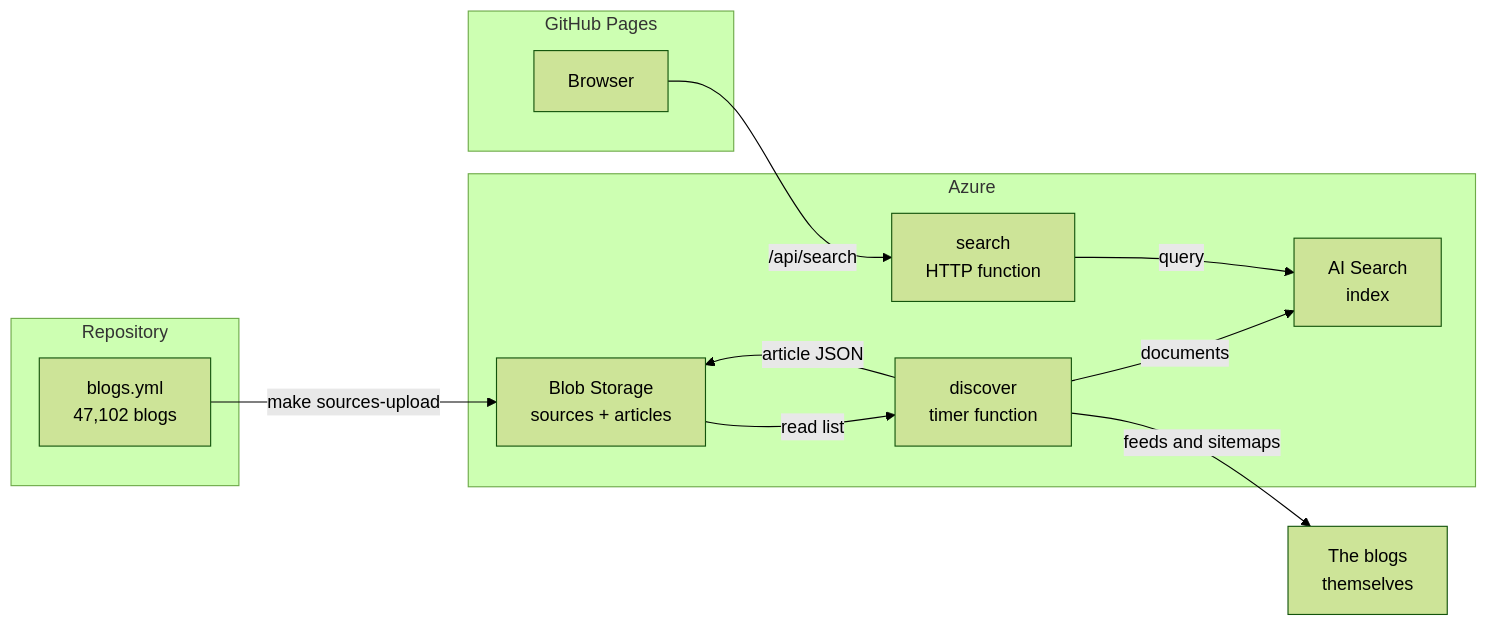
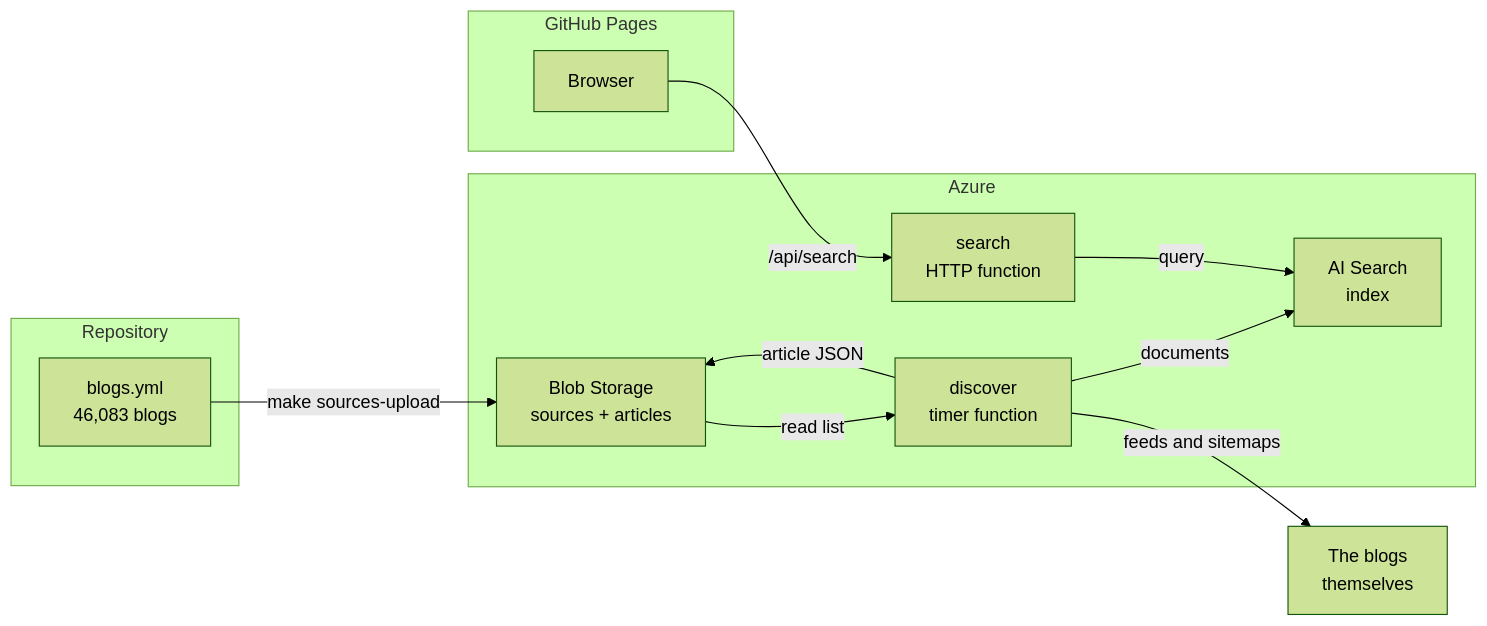
Before and after one commit to GitPaulo/blogme: the first of 5 diagrams in docs/how-it-works.md, drawn with Mermaid (forest theme). The commit also changed other lines of this file and 8 other files, not shown here.

````diff
--- a/docs/how-it-works.md
+++ b/docs/how-it-works.md
@@ -13,25 +13,25 @@
 ```mermaid
 flowchart LR
     subgraph Git["Repository"]
-        Y["blogs.yml<br/>47,102 blogs"]
+        Y["blogs.yml<br/>46,083 blogs"]
     end
 
     subgraph Azure["Azure"]
         B["Blob Storage<br/>sources + articles"]
         D["discover<br/>timer function"]
         S["AI Search<br/>index"]
         A["search<br/>HTTP function"]
     end
 
     subgraph Web["GitHub Pages"]
         U["Browser"]
     end
 
     Y -->|make sources-upload| B
     B -->|read list| D
     D -->|feeds and sitemaps| Blogs["The blogs<br/>themselves"]
     D -->|article JSON| B
     D -->|documents| S
     U -->|/api/search| A
     A -->|query| S
 ```
````
